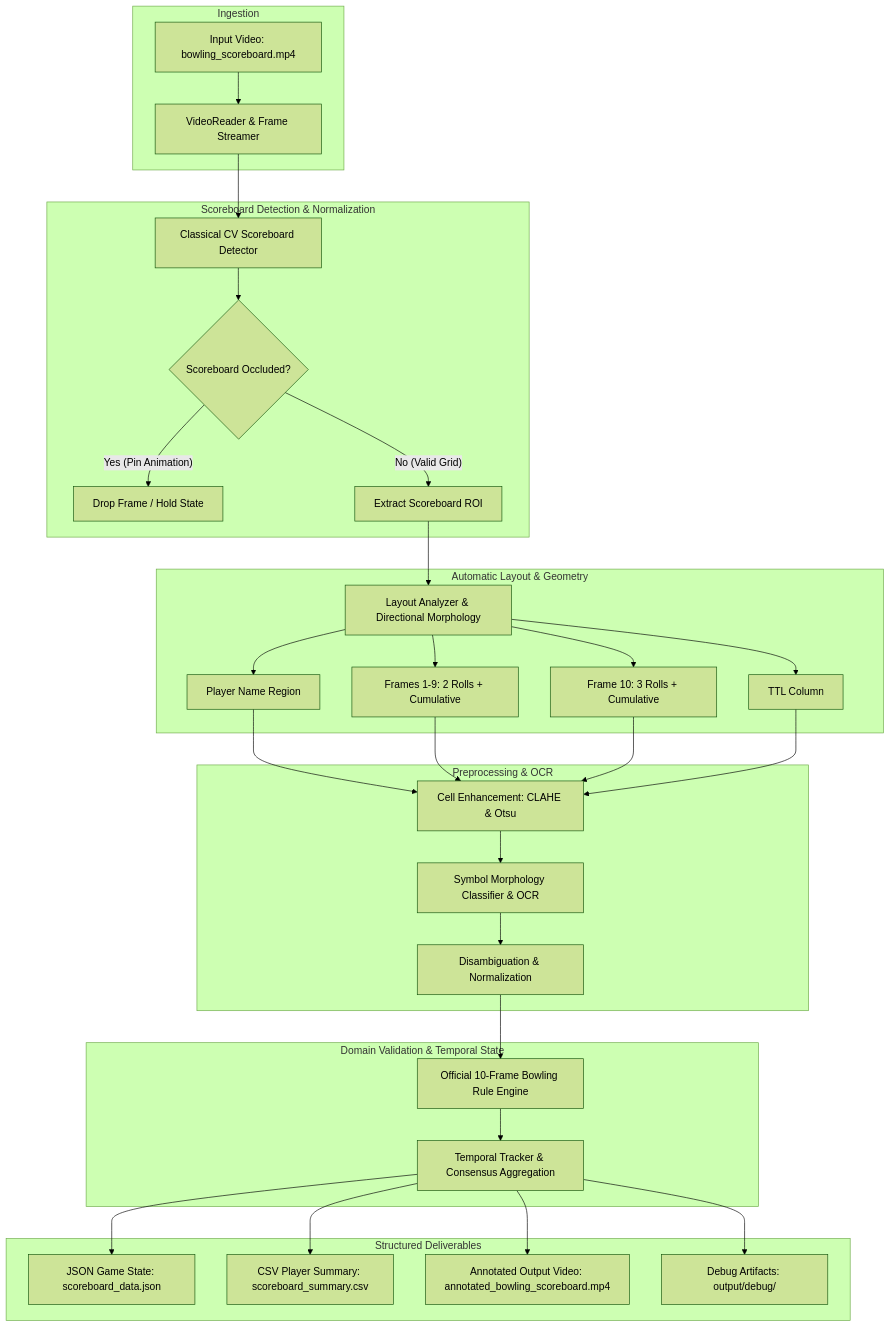
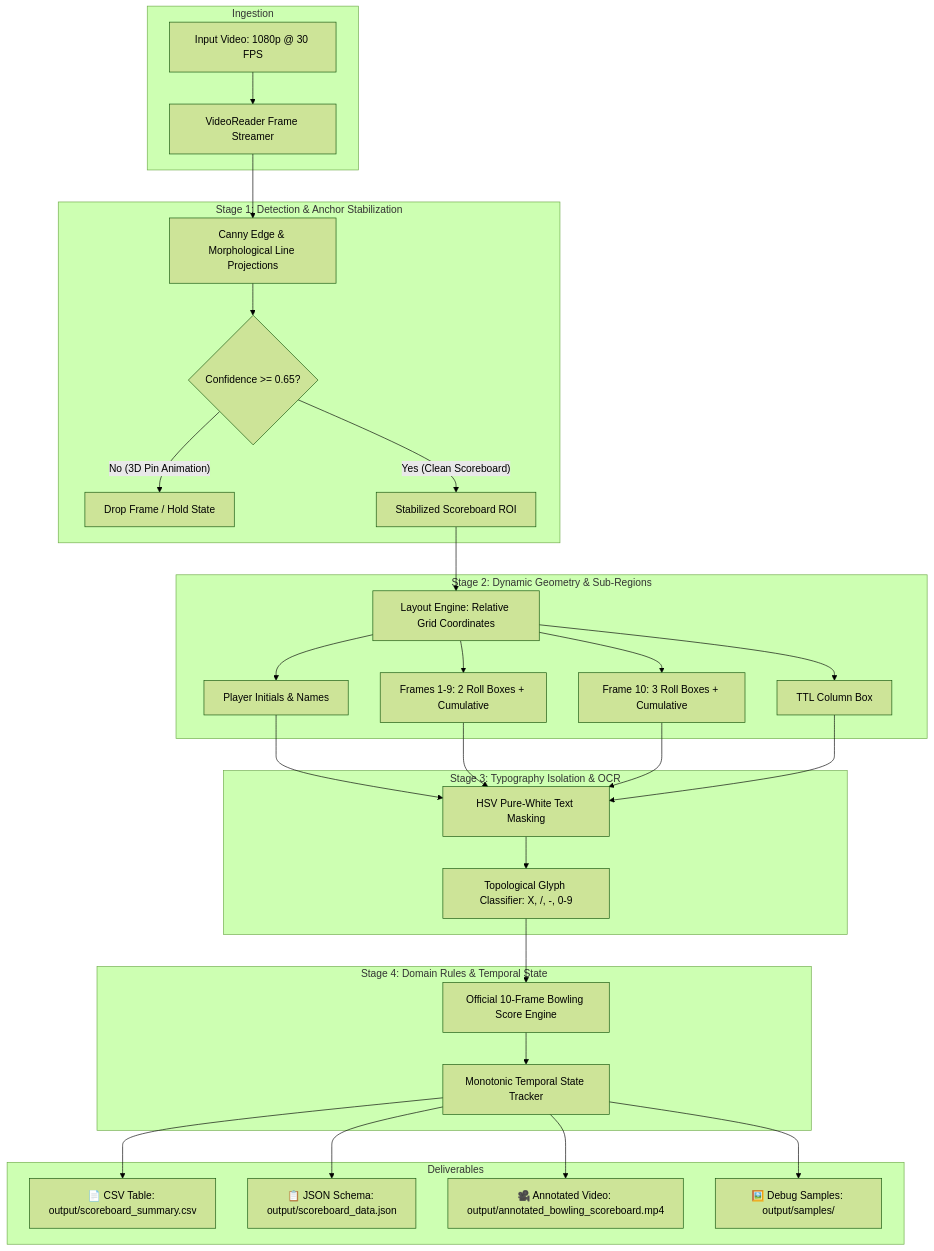
One commit to lakshyasaxena07/bowling-scoreboard-cv changed the diagram in README.md. Above: the diagram before and after it, drawn with Mermaid (forest theme). The commit also changed other lines of this file and 17 other files, not shown here.

Commit message:
feat: complete production-grade bowling scoreboard CV extraction system

````diff
--- a/README.md
+++ b/README.md
@@ -32,39 +69,38 @@
 ```mermaid
 flowchart TD
     subgraph Ingestion
-        A[Input Video: bowling_scoreboard.mp4] --> B[VideoReader & Frame Streamer]
+        A[Input Video: 1080p @ 30 FPS] --> B[VideoReader Frame Streamer]
     end
 
-    subgraph Scoreboard Detection & Normalization
-        B --> C[Classical CV Scoreboard Detector]
-        C --> D{Scoreboard Occluded?}
-        D -- Yes (Pin Animation) --> E[Drop Frame / Hold State]
-        D -- No (Valid Grid) --> F[Extract Scoreboard ROI]
+    subgraph "Stage 1: Detection & Anchor Stabilization"
+        B --> C[Canny Edge & Morphological Line Projections]
+        C --> D{Confidence >= 0.65?}
+        D -- No (3D Pin Animation) --> E[Drop Frame / Hold State]
+        D -- Yes (Clean Scoreboard) --> F[Stabilized Scoreboard ROI]
     end
 
-    subgraph Automatic Layout & Geometry
-        F --> G[Layout Analyzer & Directional Morphology]
-        G --> H1[Player Name Region]
-        G --> H2[Frames 1-9: 2 Rolls + Cumulative]
-        G --> H3[Frame 10: 3 Rolls + Cumulative]
-        G --> H4[TTL Column]
+    subgraph "Stage 2: Dynamic Geometry & Sub-Regions"
+        F --> G[Layout Engine: Relative Grid Coordinates]
+        G --> H1[Player Initials & Names]
+        G --> H2[Frames 1-9: 2 Roll Boxes + Cumulative]
+        G --> H3[Frame 10: 3 Roll Boxes + Cumulative]
+        G --> H4[TTL Column Box]
     end
 
-    subgraph Preprocessing & OCR
-        H1 & H2 & H3 & H4 --> I[Cell Enhancement: CLAHE & Otsu]
-        I --> J[Symbol Morphology Classifier & OCR]
-        J --> K[Disambiguation & Normalization]
+    subgraph "Stage 3: Typography Isolation & OCR"
+        H1 & H2 & H3 & H4 --> I[HSV Pure-White Text Masking]
+        I --> J[Topological Glyph Classifier: X, /, -, 0-9]
     end
 
-    subgraph Domain Validation & Temporal State
-        K --> L[Official 10-Frame Bowling Rule Engine]
-        L --> M[Temporal Tracker & Consensus Aggregation]
+    subgraph "Stage 4: Domain Rules & Temporal State"
+        J --> K[Official 10-Frame Bowling Score Engine]
+        K --> L[Monotonic Temporal State Tracker]
     end
 
-    subgraph Structured Deliverables
-        M --> N1[JSON Game State: scoreboard_data.json]
-        M --> N2[CSV Player Summary: scoreboard_summary.csv]
-        M --> N3[Annotated Output Video: annotated_bowling_scoreboard.mp4]
-        M --> N4[Debug Artifacts: output/debug/]
+    subgraph Deliverables
+        L --> M1[📄 CSV Table: output/scoreboard_summary.csv]
+        L --> M2[📋 JSON Schema: output/scoreboard_data.json]
+        L --> M3[🎥 Annotated Video: output/annotated_bowling_scoreboard.mp4]
+        L --> M4[🖼️ Debug Samples: output/samples/]
     end
 ```
````
